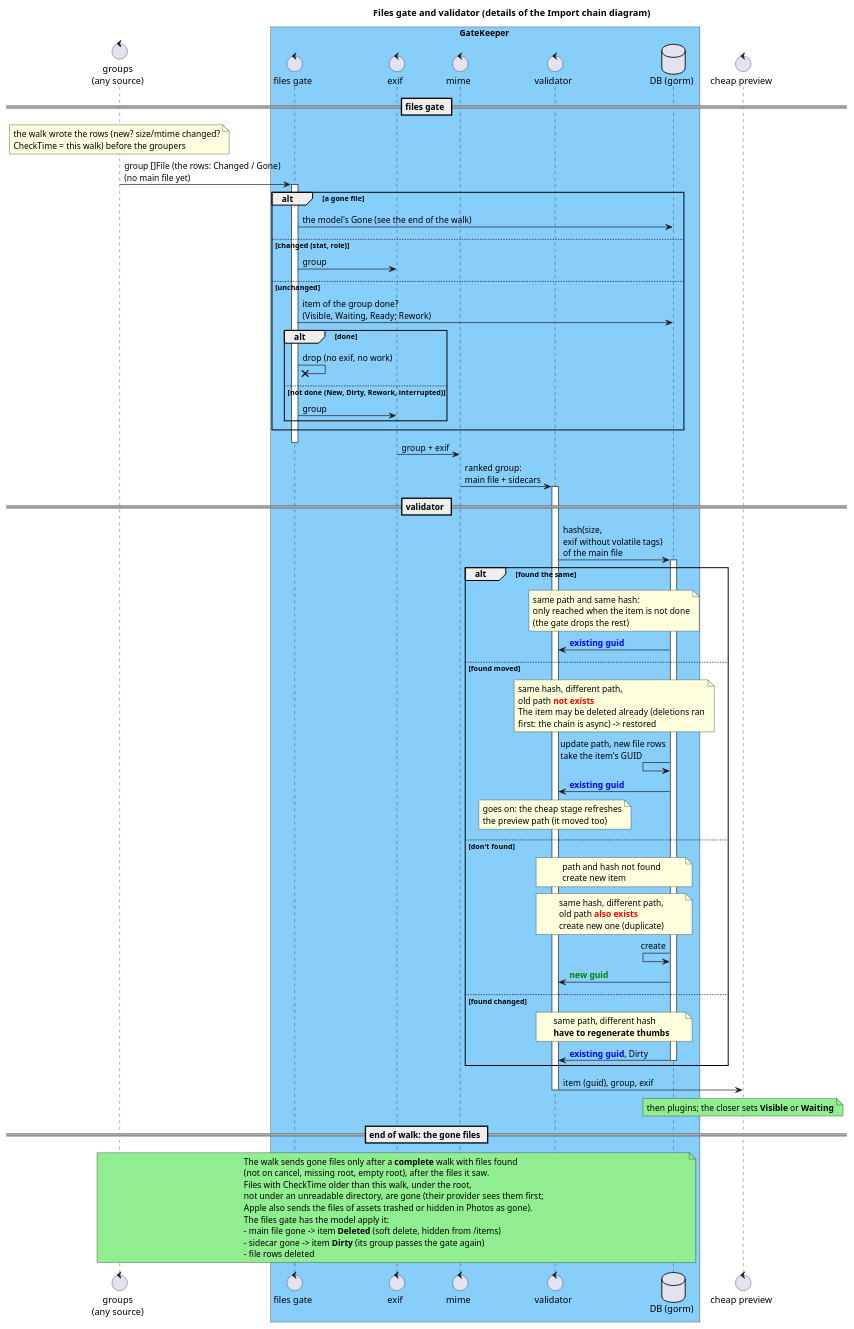
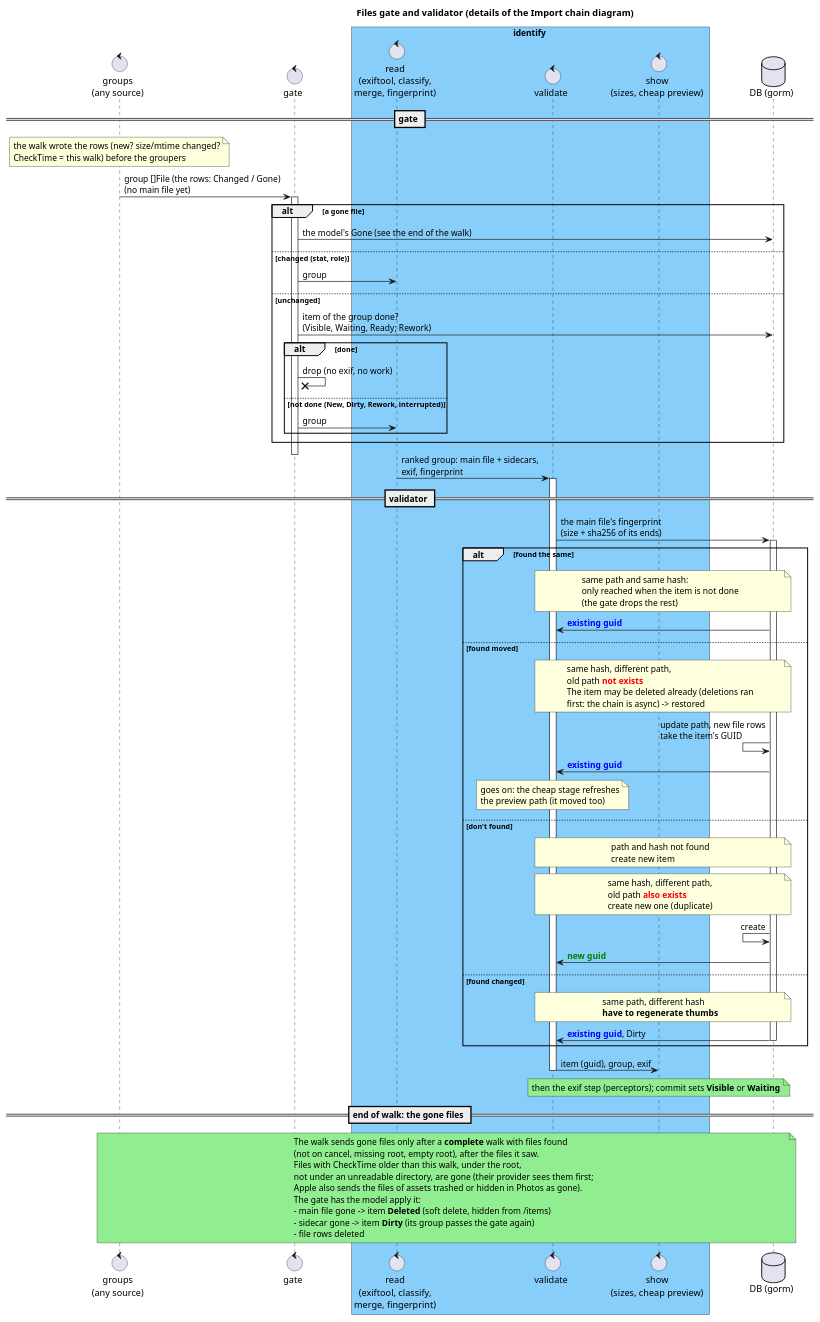
Before and after one commit to eggs-gd/Perceptrail: the diagram in _sb/puml/Walker.puml, drawn with PlantUML. The commit also changed 23 other files, not shown here.

```diff
--- a/_sb/puml/Walker.puml
+++ b/_sb/puml/Walker.puml
@@ -1,104 +1,102 @@
 @startuml Walker and validating
 
 !pragma teoz true
 
 title Files gate and validator (details of the Import chain diagram)
 
 control "groups\n(any source)" as Groups
-box GateKeeper #LightSkyBlue
-control "files gate" as Gate
-control "exif" as Exif
-control "mime" as Mime
-control "validator" as Validator
+control "gate" as Gate
+box identify #LightSkyBlue
+control "read\n(exiftool, classify,\nmerge, fingerprint)" as Exif
+control "validate" as Validator
+control "show\n(sizes, cheap preview)" as Transcode
+end box
 database "DB (gorm)" as DB
-end box
-control "cheap preview" as Transcode
 
-== files gate ==
+== gate ==
 
 note over Groups: the walk wrote the rows (new? size/mtime changed?\nCheckTime = this walk) before the groupers
 Groups -> Gate: group []File (the rows: Changed / Gone)\n(no main file yet)
 activate Gate
 alt a gone file
     Gate -> DB: the model's Gone (see the end of the walk)
 else changed (stat, role)
     Gate -> Exif: group
 else unchanged
     Gate -> DB: item of the group done?\n(Visible, Waiting, Ready; Rework)
     alt done
         Gate ->x Gate: drop (no exif, no work)
     else not done (New, Dirty, Rework, interrupted)
         Gate -> Exif: group
     end
 end
 deactivate Gate
 
-Exif -> Mime: group + exif
-Mime -> Validator: ranked group:\nmain file + sidecars
+Exif -> Validator: ranked group: main file + sidecars,\nexif, fingerprint
 activate Validator
 
 == validator ==
 
-Validator -> DB: hash(size,\nexif without volatile tags)\nof the main file
+Validator -> DB: the main file's fingerprint\n(size + sha256 of its ends)
 activate DB
 
 alt found the same
     note over Validator, DB
     same path and same hash:
     only reached when the item is not done
     (the gate drops the rest)
     end note
     DB -> Validator: <font color=blue><b>existing guid
 
 else found moved
     note over Validator, DB
     same hash, different path,
     old path <b><font color=red>not exists
     The item may be deleted already (deletions ran
     first: the chain is async) -> restored
     end note
     DB <- DB: update path, new file rows\ntake the item's GUID
     DB -> Validator: <font color=blue><b>existing guid
     note over Validator: goes on: the cheap stage refreshes\nthe preview path (it moved too)
 
 else don't found
     note over Validator, DB
     path and hash not found
     create new item
     end note
     note over Validator, DB
     same hash, different path,
     old path <b><font color=red>also exists
     create new one (duplicate)
     end note
     DB <- DB: create
     DB -> Validator: <font color=green><b>new guid
 
 else found changed
     note over Validator, DB
     same path, different hash
     <b>have to regenerate thumbs
     end note
     DB -> Validator: <font color=blue><b>existing guid</b></font>, Dirty
     deactivate DB
 end
 
 Validator -> Transcode: item (guid), group, exif
 deactivate Validator
-note over Transcode #LightGreen: then plugins; the closer sets <b>Visible</b> or <b>Waiting</b>
+note over Transcode #LightGreen: then the exif step (perceptors); commit sets <b>Visible</b> or <b>Waiting</b>
 
 == end of walk: the gone files ==
 
 note over Groups, DB #LightGreen
 The walk sends gone files only after a <b>complete</b> walk with files found
 (not on cancel, missing root, empty root), after the files it saw.
 Files with CheckTime older than this walk, under the root,
 not under an unreadable directory, are gone (their provider sees them first;
 Apple also sends the files of assets trashed or hidden in Photos as gone).
-The files gate has the model apply it:
+The gate has the model apply it:
 - main file gone -> item <b>Deleted</b> (soft delete, hidden from /items)
 - sidecar gone -> item <b>Dirty</b> (its group passes the gate again)
 - file rows deleted
 end note
 
 @enduml
```
